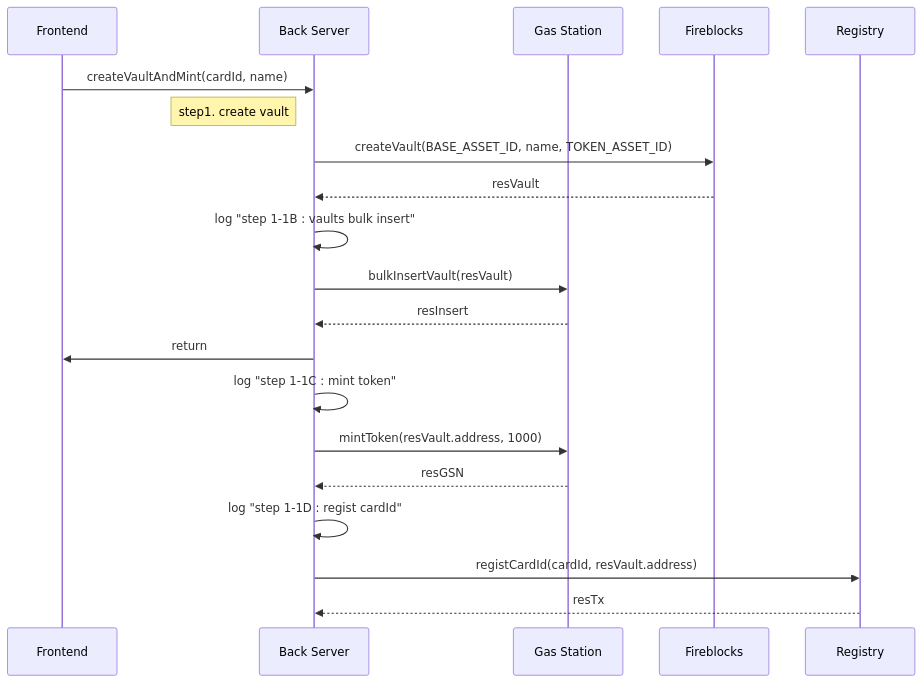
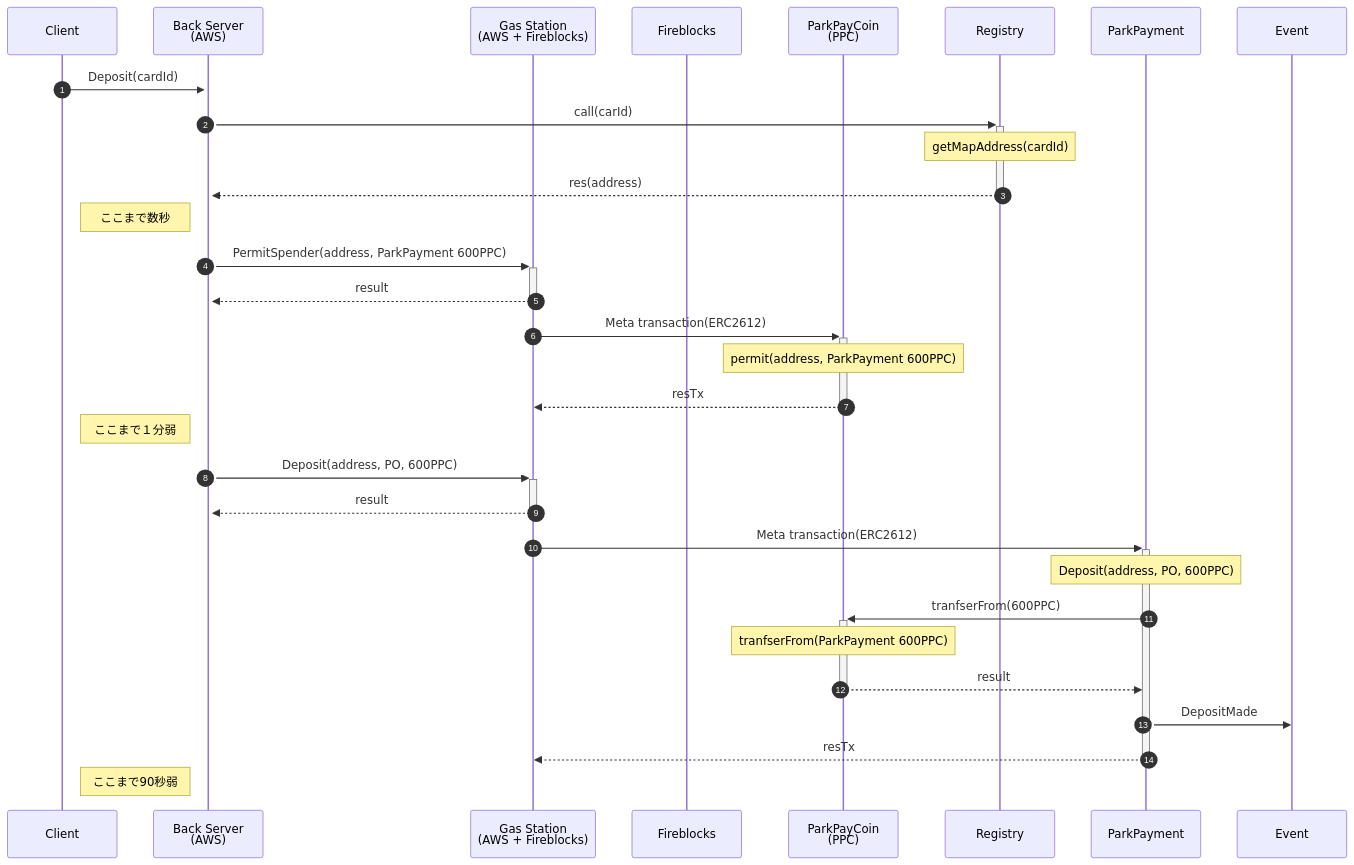
Before and after one commit to mahiroaug/ParkingPayment: the diagram in architecture.md, drawn with Mermaid. The commit also changed 1 other file, not shown here.

Commit message:
updage README

````diff
--- a/architecture.md
+++ b/architecture.md
@@ -1,28 +1,41 @@
 ```mermaid
 sequenceDiagram
-    participant Frontend
-    participant Back as Back Server
-    participant GSN as Gas Station
-    participant Fireblocks
+
+    participant Client as Client
+    participant Back as Back Server<br>(AWS)
+    participant GSN as Gas Station<br>(AWS + Fireblocks)
+    participant FB as Fireblocks
+    participant PPC as ParkPayCoin<br>(PPC)
     participant Registry
+    participant ParkPayment
+    participant Event
+    autonumber
 
-    Frontend->>Back: createVaultAndMint(cardId, name)
-    Note left of Back: step1. create vault
-    Back->>Fireblocks: createVault(BASE_ASSET_ID, name, TOKEN_ASSET_ID)
-    Fireblocks-->>Back: resVault
+    Client->>+Back: Deposit(cardId)
+    Back->>+Registry: call(carId)
+    Note over Registry: getMapAddress(cardId)
+    Registry-->>-Back: res(address)
 
-    Back->>Back: log "step 1-1B : vaults bulk insert"
-    Back->>GSN: bulkInsertVault(resVault)
-    GSN-->>Back: resInsert
+    Note left of Back:ここまで数秒
 
-    Back->>Frontend: return
+    Back->>+GSN: PermitSpender(address, ParkPayment 600PPC)
+    GSN-->>-Back: result
+    GSN->>+PPC: Meta transaction(ERC2612)
+    Note over PPC: permit(address, ParkPayment 600PPC)
+    PPC-->>-GSN: resTx
 
-    Back->>Back: log "step 1-1C : mint token"
-    Back->>GSN: mintToken(resVault.address, 1000)
-    GSN-->>Back: resGSN
+    Note left of Back:ここまで１分弱
 
-    Back->>Back: log "step 1-1D : regist cardId"
-    Back->>Registry: registCardId(cardId, resVault.address)
-    Registry-->>Back: resTx
+    Back->>+GSN: Deposit(address, PO, 600PPC)
+    GSN-->>-Back: result
+    GSN->>+ParkPayment: Meta transaction(ERC2612)
+    Note over ParkPayment: Deposit(address, PO, 600PPC)
+    ParkPayment->>+PPC: tranfserFrom(600PPC)
+    Note over PPC: tranfserFrom(ParkPayment 600PPC)
+    PPC-->>-ParkPayment: result
+    ParkPayment->>Event: DepositMade
+    ParkPayment-->>-GSN: resTx
+
+    Note left of Back:ここまで90秒弱
 
 ```
````
